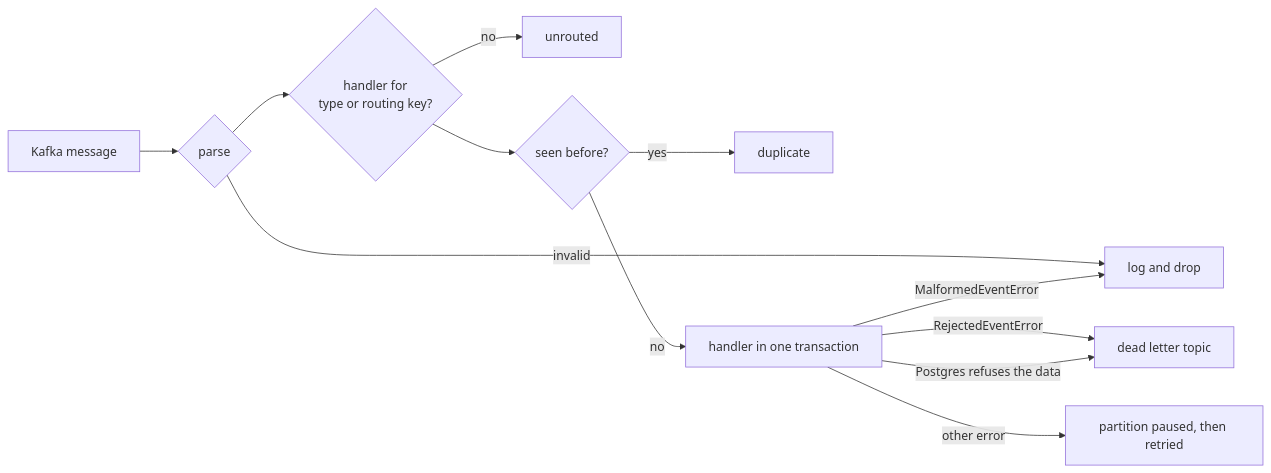
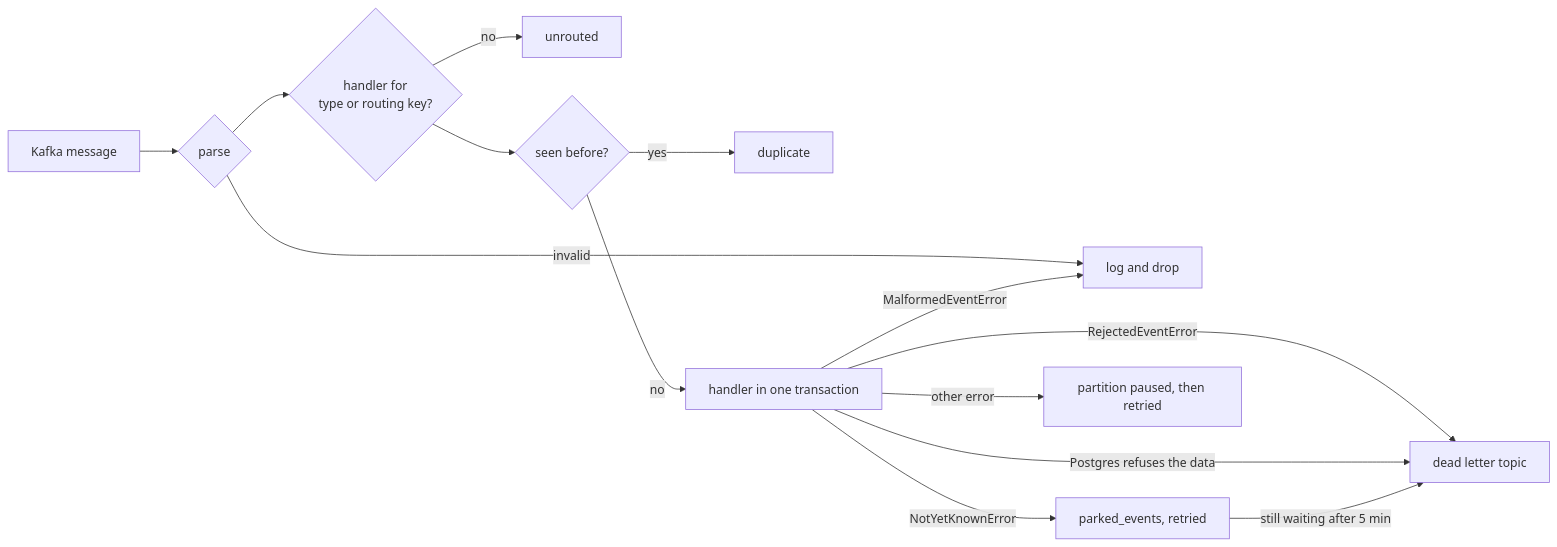
The second of 2 diagrams in docs/backend-dev.md (linagora/twake-space), drawn with Mermaid before and after one commit. The commit also changed other lines of this file and 15 other files, not shown here.

First line of the commit message:
fix(backend): park events about a space or member not known yet

````diff
--- a/docs/backend-dev.md
+++ b/docs/backend-dev.md
@@ -62,14 +62,15 @@
 ```mermaid
 flowchart LR
   msg[Kafka message] --> parse{parse}
   parse -- invalid --> drop[log and drop]
   parse --> route{handler for<br>type or routing key?}
   route -- no --> skip[unrouted]
   route --> dedupe{seen before?}
   dedupe -- yes --> dup[duplicate]
   dedupe -- no --> handler[handler in one transaction]
   handler -- RejectedEventError --> dlq["dead letter topic"]
   handler -- MalformedEventError --> drop
   handler -- Postgres refuses the data --> dlq
+  handler -- NotYetKnownError --> park[parked_events, retried] -- still waiting after 5 min --> dlq
   handler -- other error --> retry[partition paused, then retried]
 ```
````
